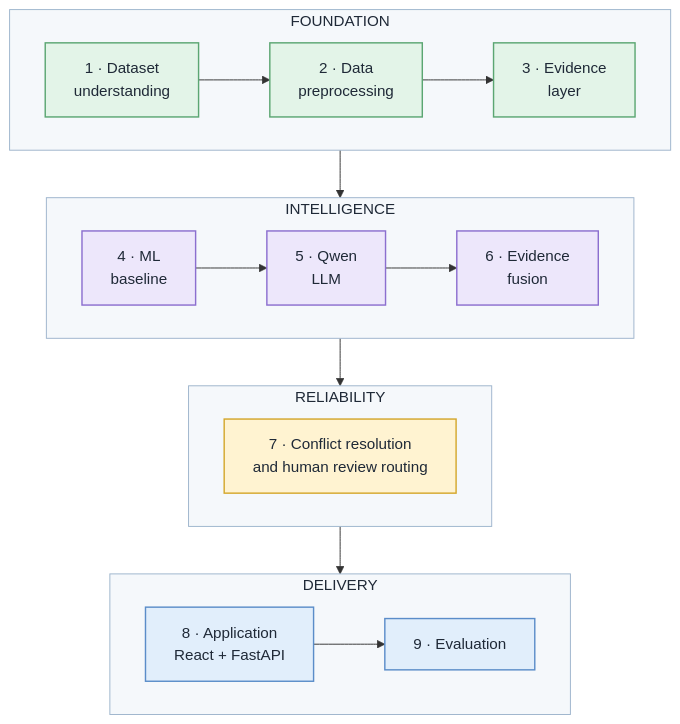
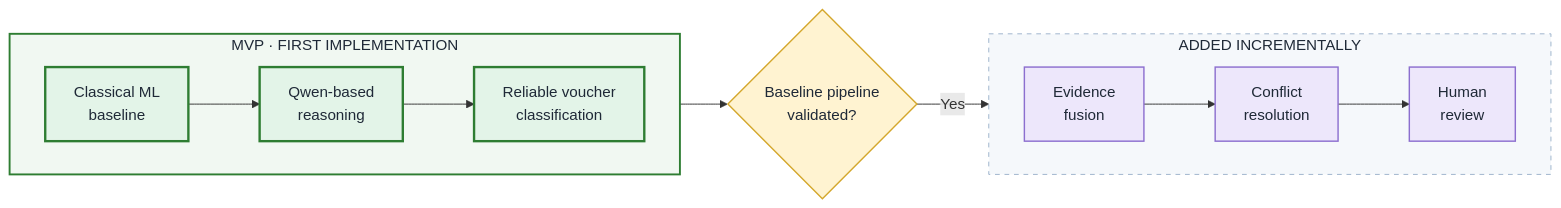
The seventh of 11 diagrams in README.md (Neha0724/Hacktoberfest_BeyondThree), drawn with Mermaid before and after one commit. The commit also changed other lines of this file, not shown here.

````diff
--- a/README.md
+++ b/README.md
@@ -346,29 +477,20 @@
 ```mermaid
-flowchart TB
-    subgraph F["FOUNDATION"]
+flowchart LR
+    subgraph MVP["MVP · FIRST IMPLEMENTATION"]
         direction LR
-        P1["1 · Dataset<br/>understanding"]:::found --> P2["2 · Data<br/>preprocessing"]:::found --> P3["3 · Evidence<br/>layer"]:::found
+        M1["Classical ML<br/>baseline"]:::mvp --> M2["Qwen-based<br/>reasoning"]:::mvp --> M3["Reliable voucher<br/>classification"]:::mvp
     end
-    subgraph I["INTELLIGENCE"]
+    V{"Baseline pipeline<br/>validated?"}:::decision
+    subgraph INC["ADDED INCREMENTALLY"]
         direction LR
-        P4["4 · ML<br/>baseline"]:::intel --> P5["5 · Qwen<br/>LLM"]:::intel --> P6["6 · Evidence<br/>fusion"]:::intel
+        I1["Evidence<br/>fusion"]:::later --> I2["Conflict<br/>resolution"]:::later --> I3["Human<br/>review"]:::later
     end
-    subgraph R["RELIABILITY"]
-        direction LR
-        P7["7 · Conflict resolution<br/>and human review routing"]:::rel
-    end
-    subgraph D["DELIVERY"]
-        direction LR
-        P8["8 · Application<br/>React + FastAPI"]:::deliv --> P9["9 · Evaluation"]:::deliv
-    end
-    F --> I --> R --> D
+    MVP --> V
+    V -- "Yes" --> INC
 
-    classDef found fill:#E3F4E8,stroke:#5BA672,color:#1F2937,stroke-width:1.5px
-    classDef intel fill:#EDE7FB,stroke:#8C6FCF,color:#1F2937,stroke-width:1.5px
-    classDef rel fill:#FFF3D1,stroke:#D4A72C,color:#1F2937,stroke-width:1.5px
-    classDef deliv fill:#E1EEFB,stroke:#5B8DC9,color:#1F2937,stroke-width:1.5px
-    style F fill:#F5F8FB,stroke:#9DB4CC,color:#1F2937
-    style I fill:#F5F8FB,stroke:#9DB4CC,color:#1F2937
-    style R fill:#F5F8FB,stroke:#9DB4CC,color:#1F2937
-    style D fill:#F5F8FB,stroke:#9DB4CC,color:#1F2937
+    classDef mvp fill:#E3F4E8,stroke:#2E7D32,color:#1F2937,stroke-width:2.5px
+    classDef decision fill:#FFF3D1,stroke:#D4A72C,color:#1F2937,stroke-width:1.5px
+    classDef later fill:#EDE7FB,stroke:#8C6FCF,color:#1F2937,stroke-width:1.5px
+    style MVP fill:#F1F8F2,stroke:#2E7D32,stroke-width:2px,color:#1F2937
+    style INC fill:#F5F8FB,stroke:#9DB4CC,stroke-dasharray:5 5,color:#1F2937
 ```
````
